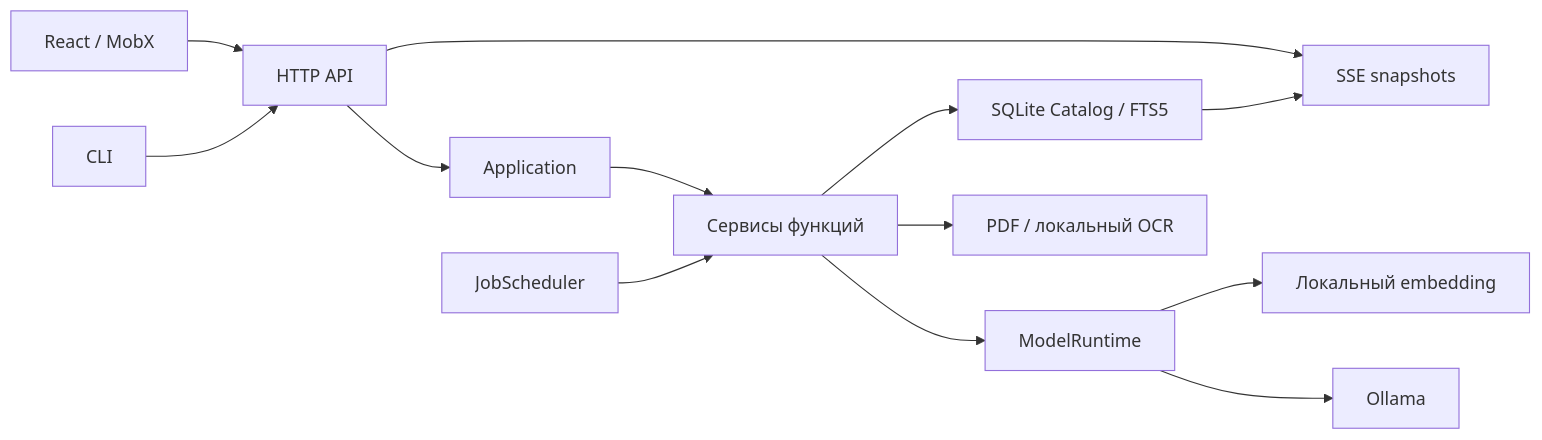
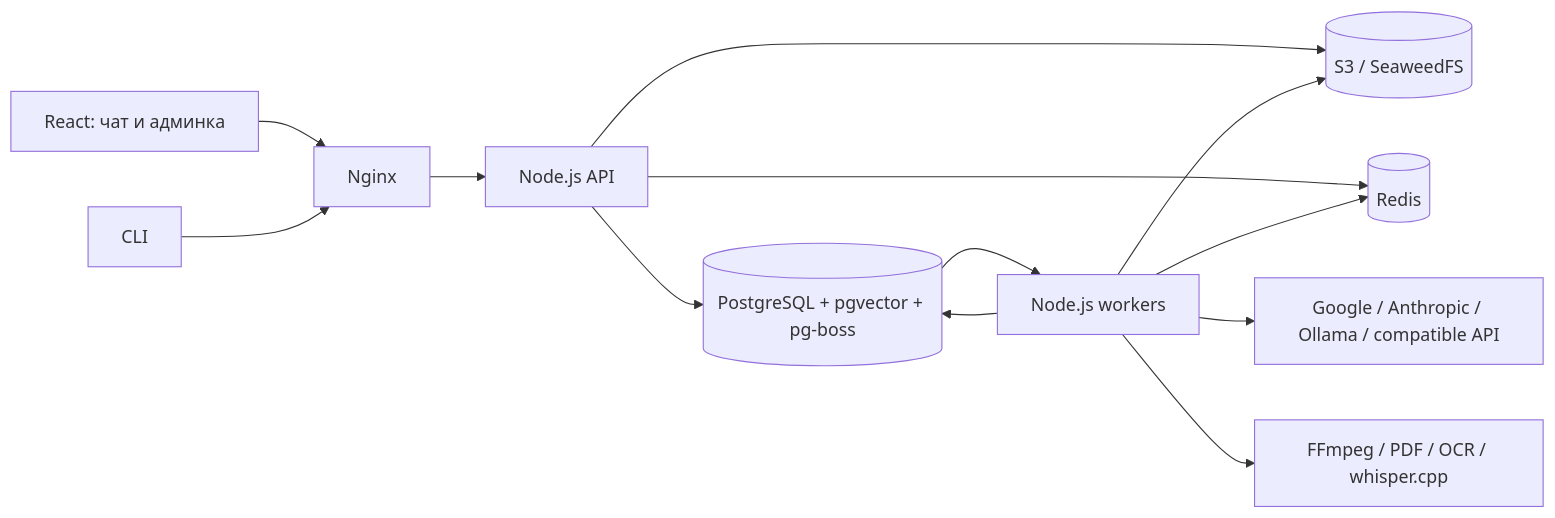
One commit to ichernetskii/multimodal-rag-knowledge-base changed the diagram in docs/ARCHITECTURE.md. Above: the diagram before and after it, drawn with Mermaid. The commit also changed other lines of this file and 282 other files, not shown here.

````diff
--- a/docs/ARCHITECTURE.md
+++ b/docs/ARCHITECTURE.md
@@ -9,15 +5,15 @@
 ```mermaid
 flowchart LR
-  Browser[React / MobX] --> HTTP[HTTP API]
-  CLI[CLI] --> HTTP
-  HTTP --> App[Application]
-  App --> Features[Сервисы функций]
-  Features --> DB[SQLite Catalog / FTS5]
-  Features --> Models[ModelRuntime]
-  Models --> ONNX[Локальный embedding]
-  Models --> Ollama[Ollama]
-  Features --> Extract[PDF / локальный OCR]
-  Scheduler[JobScheduler] --> Features
-  HTTP --> SSE[SSE snapshots]
-  DB --> SSE
+  C[React: чат и админка] --> N[Nginx]
+  CLI[CLI] --> N
+  N --> API[Node.js API]
+  API --> PG[(PostgreSQL + pgvector + pg-boss)]
+  API --> S3[(S3 / SeaweedFS)]
+  API --> R[(Redis)]
+  PG --> W[Node.js workers]
+  W --> PG
+  W --> S3
+  W --> R
+  W --> AI[Google / Anthropic / Ollama / compatible API]
+  W --> CPU[FFmpeg / PDF / OCR / whisper.cpp]
 ```
````
